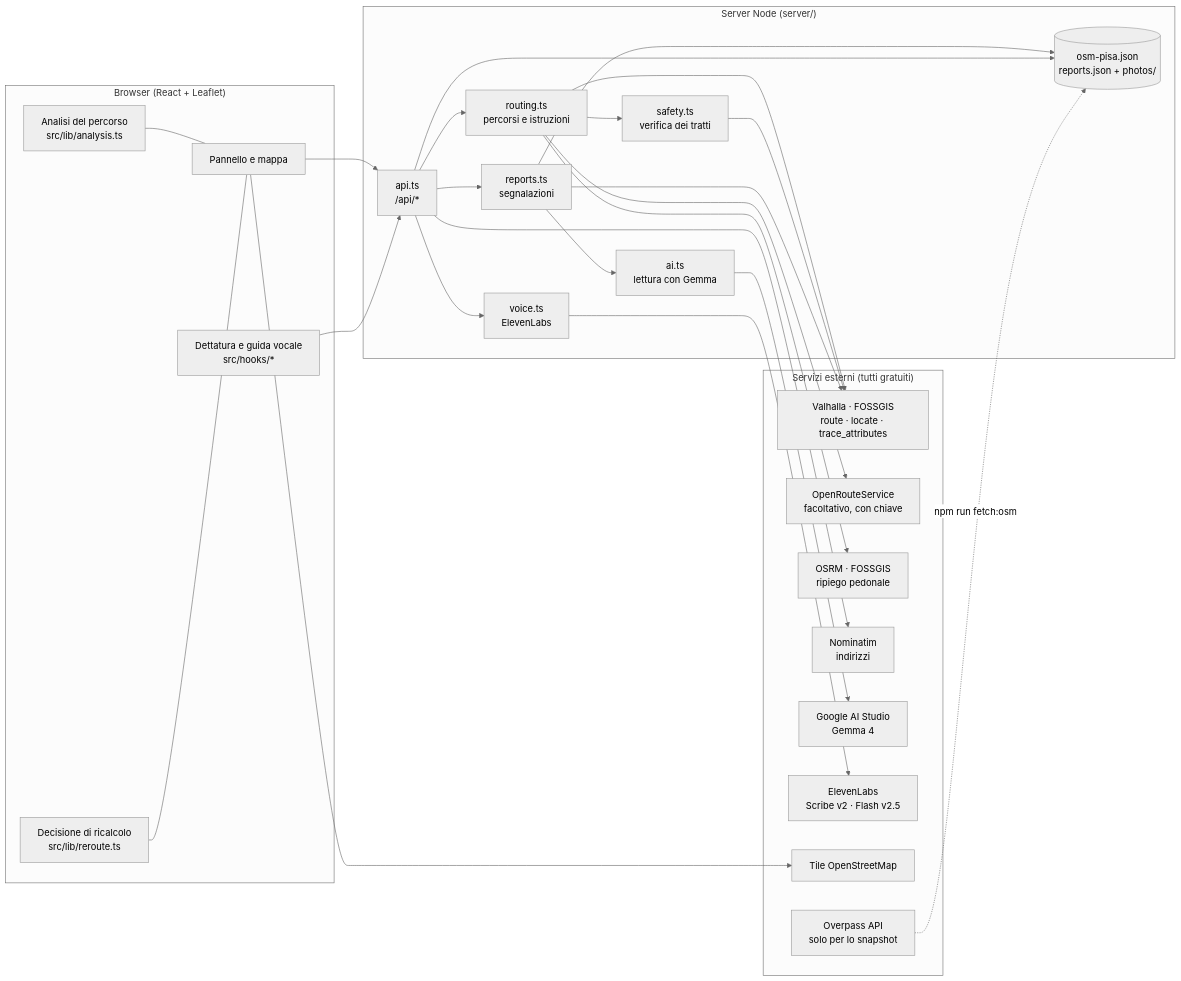
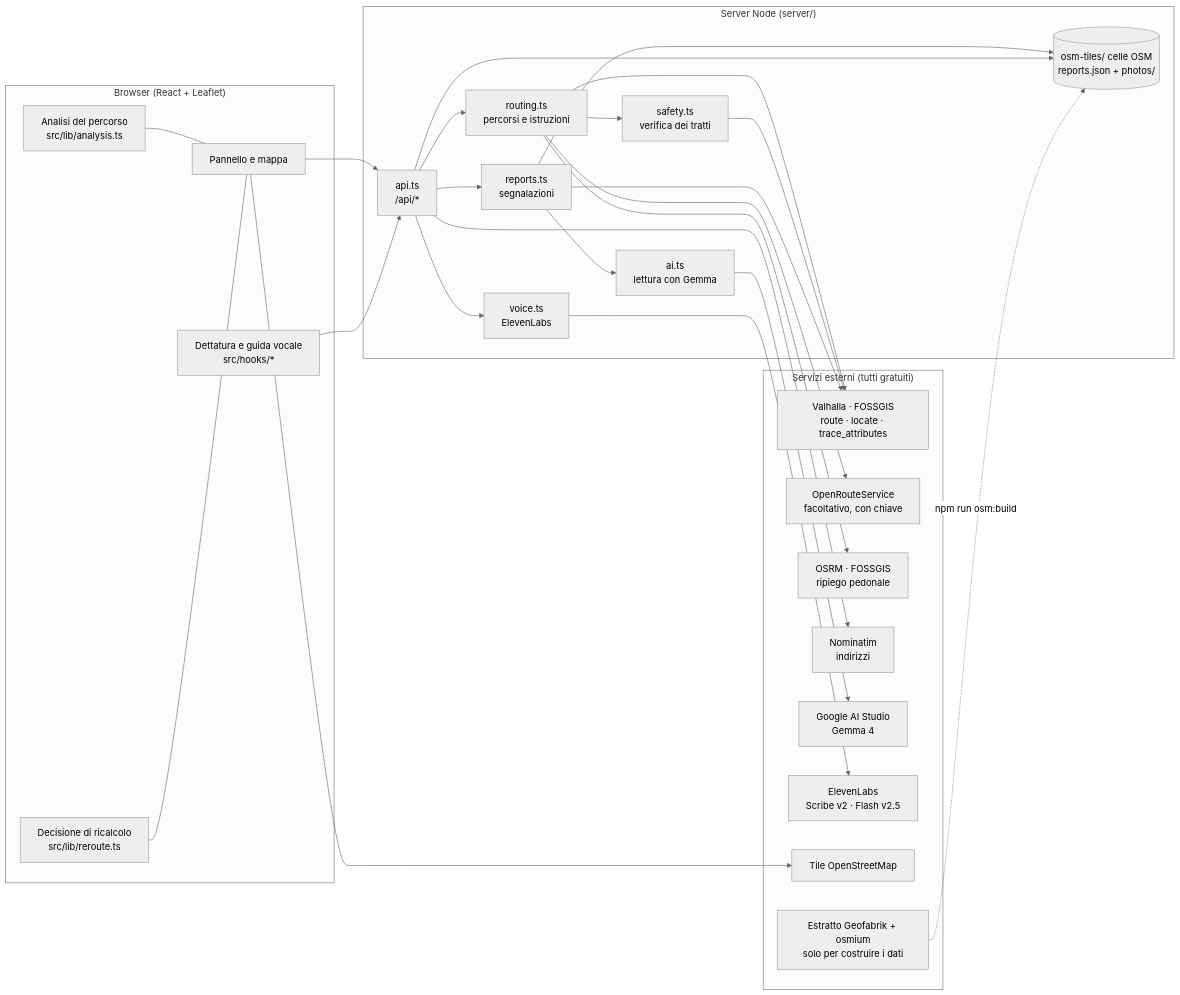
Before and after one commit to gixrda/openway: the first of 4 diagrams in ARCHITECTURE.md, drawn with Mermaid (neutral theme). The commit also changed other lines of this file and 42 other files, not shown here.

First line of the commit message:
Tutta la Toscana: dati OSM a celle, confine regionale, copertura dichiarata

````diff
--- a/ARCHITECTURE.md
+++ b/ARCHITECTURE.md
@@ -7,48 +7,48 @@
 ```mermaid
 flowchart LR
   subgraph Browser["Browser (React + Leaflet)"]
     UI[Pannello e mappa]
     AN[Analisi del percorso<br/>src/lib/analysis.ts]
     RR[Decisione di ricalcolo<br/>src/lib/reroute.ts]
     VO[Dettatura e guida vocale<br/>src/hooks/*]
   end
 
   subgraph Server["Server Node (server/)"]
     API[api.ts<br/>/api/*]
     RT[routing.ts<br/>percorsi e istruzioni]
     SF[safety.ts<br/>verifica dei tratti]
     RP[reports.ts<br/>segnalazioni]
     AI[ai.ts<br/>lettura con Gemma]
     VC[voice.ts<br/>ElevenLabs]
-    DATA[(osm-pisa.json<br/>reports.json + photos/)]
+    DATA[(osm-tiles/ celle OSM<br/>reports.json + photos/)]
   end
 
   subgraph Esterni["Servizi esterni (tutti gratuiti)"]
     VAL[Valhalla · FOSSGIS<br/>route · locate · trace_attributes]
     ORS[OpenRouteService<br/>facoltativo, con chiave]
     OSRM[OSRM · FOSSGIS<br/>ripiego pedonale]
     NOM[Nominatim<br/>indirizzi]
     GEM[Google AI Studio<br/>Gemma 4]
     EL[ElevenLabs<br/>Scribe v2 · Flash v2.5]
     TILE[Tile OpenStreetMap]
-    OVP[Overpass API<br/>solo per lo snapshot]
+    OVP[Estratto Geofabrik + osmium<br/>solo per costruire i dati]
   end
 
   UI --> API
   UI --> TILE
   AN --- UI
   RR --- UI
   VO --> API
   API --> RT --> SF
   RT --> VAL
   RT --> ORS
   RT --> OSRM
   SF --> VAL
   API --> NOM
   API --> RP --> AI --> GEM
   RP --> VAL
   API --> VC --> EL
   RP --> DATA
   API --> DATA
-  OVP -. npm run fetch:osm .-> DATA
+  OVP -. npm run osm:build .-> DATA
 ```
````
